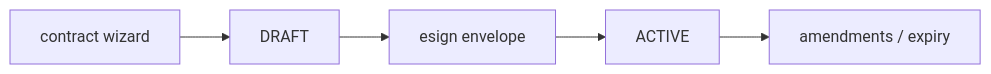
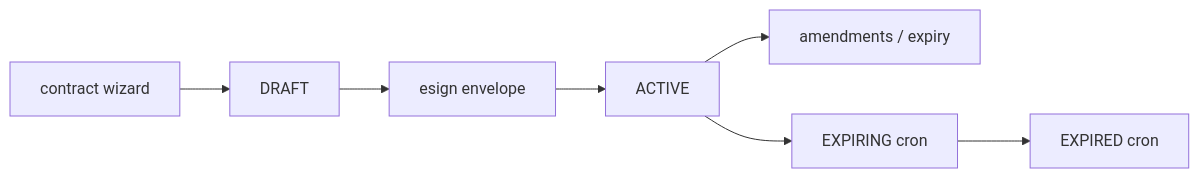
Before and after one commit to mateuszpitura/contractor-ops: the diagram in .planning/brain/wiki/domains/contracts-lifecycle.md, drawn with Mermaid. The commit also changed other lines of this file and 642 other files, not shown here.

````diff
--- a/.planning/brain/wiki/domains/contracts-lifecycle.md
+++ b/.planning/brain/wiki/domains/contracts-lifecycle.md
@@ -20,7 +21,9 @@
 ```mermaid
 flowchart LR
   wizard[contract wizard] --> draft[DRAFT]
   draft --> esign[esign envelope]
   esign --> active[ACTIVE]
   active --> amend[amendments / expiry]
+  active --> expiring[EXPIRING cron]
+  expiring --> expired[EXPIRED cron]
 ```
````
